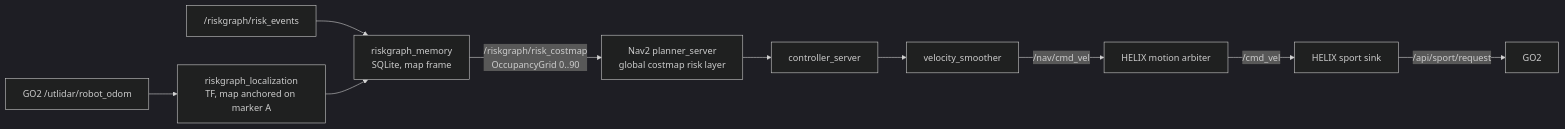
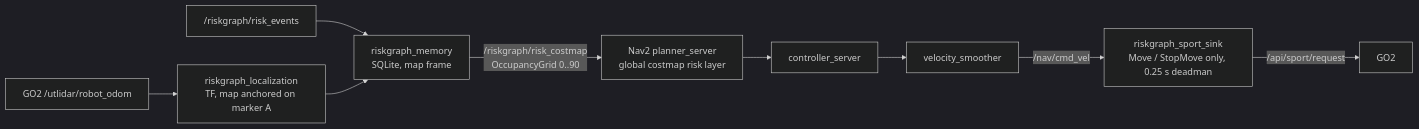
One commit to yusufdxb/riskgraph-go2 changed the diagram in README.md. Above: the diagram before and after it, drawn with Mermaid (dark theme). The commit also changed other lines of this file and 24 other files, not shown here.

First line of the commit message:
feat(nav): RiskGraph-owned sport sink and sink stages replace HELIX

````diff
--- a/README.md
+++ b/README.md
@@ -53,10 +53,9 @@
 ```mermaid
 flowchart LR
   ODOM["GO2 /utlidar/robot_odom"] --> LOC["riskgraph_localization<br/>TF, map anchored on marker A"]
   EV["/riskgraph/risk_events"] --> MEM["riskgraph_memory<br/>SQLite, map frame"]
   LOC --> MEM
   MEM -- "/riskgraph/risk_costmap<br/>OccupancyGrid 0..90" --> NAV["Nav2 planner_server<br/>global costmap risk layer"]
   NAV --> CTRL["controller_server"] --> VS["velocity_smoother"]
-  VS -- "/nav/cmd_vel" --> ARB["HELIX motion arbiter"]
-  ARB -- "/cmd_vel" --> SINK["HELIX sport sink"] -- "/api/sport/request" --> GO2["GO2"]
+  VS -- "/nav/cmd_vel" --> SINK["riskgraph_sport_sink<br/>Move / StopMove only, 0.25 s deadman"] -- "/api/sport/request" --> GO2["GO2"]
 ```
````
